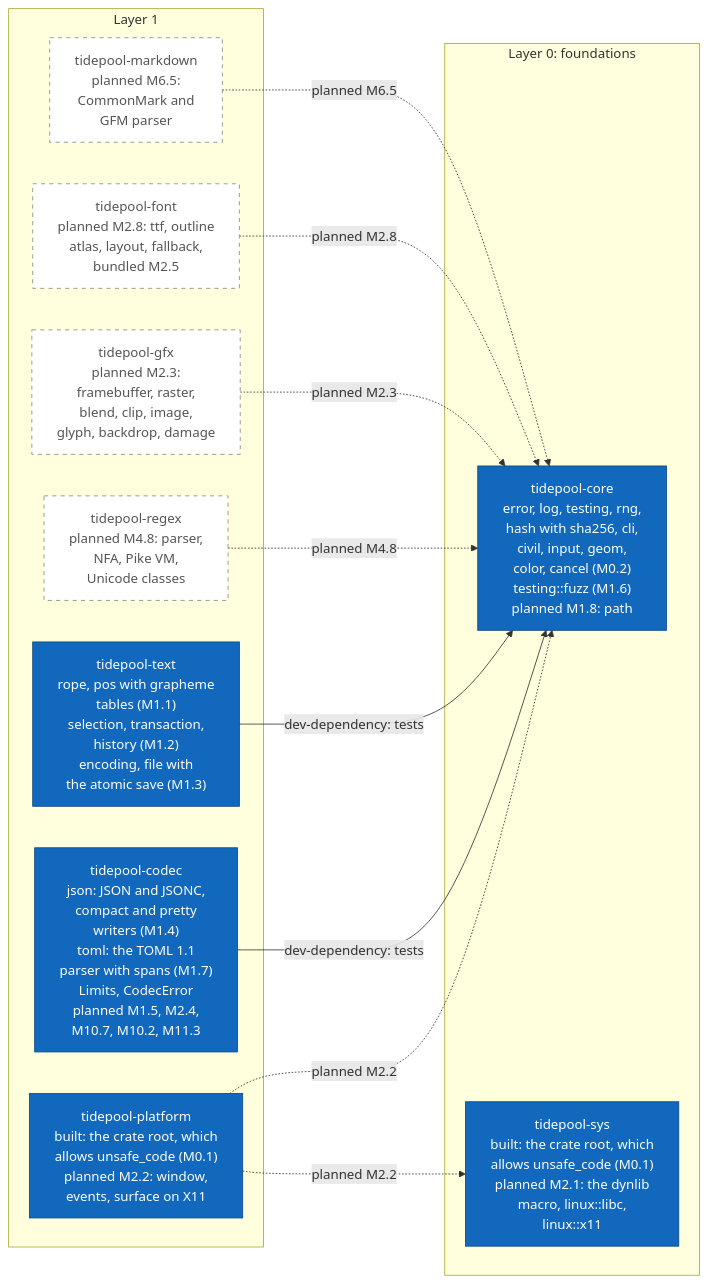
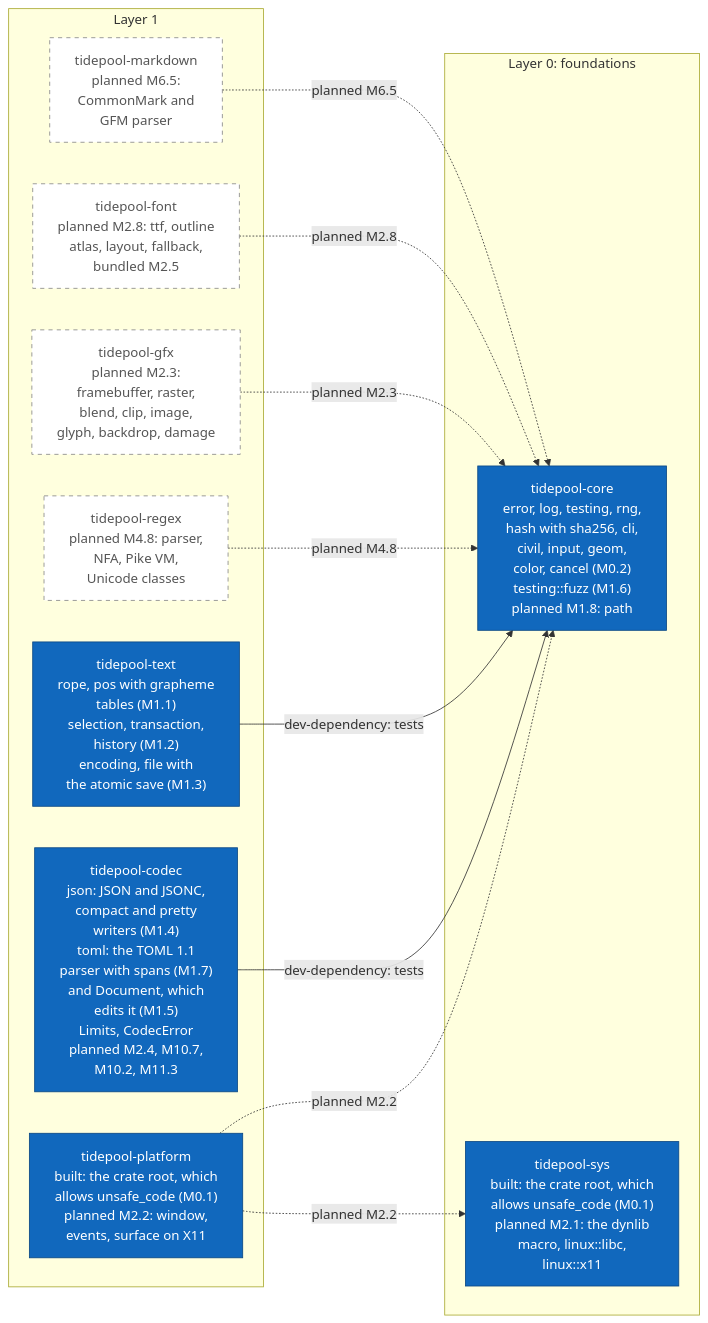
Before and after one commit to jabbott-iii/Tidepool: the sixth of 16 diagrams in diagrams/c4-architecture.md, drawn with Mermaid. The commit also changed other lines of this file and 30 other files, not shown here.

````diff
--- a/diagrams/c4-architecture.md
+++ b/diagrams/c4-architecture.md
@@ -279,30 +279,30 @@
 ```mermaid
 flowchart LR
     subgraph L1["Layer 1"]
         k_platform["tidepool-platform<br/>built: the crate root, which<br/>allows unsafe_code (M0.1)<br/>planned M2.2: window,<br/>events, surface on X11"]
-        k_codec["tidepool-codec<br/>json: JSON and JSONC,<br/>compact and pretty<br/>writers (M1.4)<br/>toml: the TOML 1.1<br/>parser with spans (M1.7)<br/>Limits, CodecError<br/>planned M1.5, M2.4,<br/>M10.7, M10.2, M11.3"]
+        k_codec["tidepool-codec<br/>json: JSON and JSONC,<br/>compact and pretty<br/>writers (M1.4)<br/>toml: the TOML 1.1<br/>parser with spans (M1.7)<br/>and Document, which<br/>edits it (M1.5)<br/>Limits, CodecError<br/>planned M2.4, M10.7,<br/>M10.2, M11.3"]
         k_text["tidepool-text<br/>rope, pos with grapheme<br/>tables (M1.1)<br/>selection, transaction,<br/>history (M1.2)<br/>encoding, file with<br/>the atomic save (M1.3)"]
         k_regex["tidepool-regex<br/>planned M4.8: parser,<br/>NFA, Pike VM,<br/>Unicode classes"]
         k_gfx["tidepool-gfx<br/>planned M2.3:<br/>framebuffer, raster,<br/>blend, clip, image,<br/>glyph, backdrop, damage"]
         k_font["tidepool-font<br/>planned M2.8: ttf, outline<br/>atlas, layout, fallback,<br/>bundled M2.5"]
         k_markdown["tidepool-markdown<br/>planned M6.5:<br/>CommonMark and<br/>GFM parser"]
     end
     subgraph L0["Layer 0: foundations"]
         k_core["tidepool-core<br/>error, log, testing, rng,<br/>hash with sha256, cli,<br/>civil, input, geom,<br/>color, cancel (M0.2)<br/>testing::fuzz (M1.6)<br/>planned M1.8: path"]
         k_sys["tidepool-sys<br/>built: the crate root, which<br/>allows unsafe_code (M0.1)<br/>planned M2.1: the dynlib<br/>macro, linux::libc,<br/>linux::x11"]
     end
 
     k_platform -.->|"planned M2.2"| k_core
     k_platform -.->|"planned M2.2"| k_sys
     k_codec -->|"dev-dependency: tests"| k_core
     k_text -->|"dev-dependency: tests"| k_core
     k_regex -.->|"planned M4.8"| k_core
     k_gfx -.->|"planned M2.3"| k_core
     k_font -.->|"planned M2.8"| k_core
     k_markdown -.->|"planned M6.5"| k_core
 
     classDef built fill:#1168bd,stroke:#0b4884,color:#ffffff
     classDef planned fill:#ffffff,stroke:#888888,stroke-dasharray: 5 5,color:#555555
     class k_platform,k_codec,k_text,k_core,k_sys built
     class k_regex,k_gfx,k_font,k_markdown planned
 ```
````
